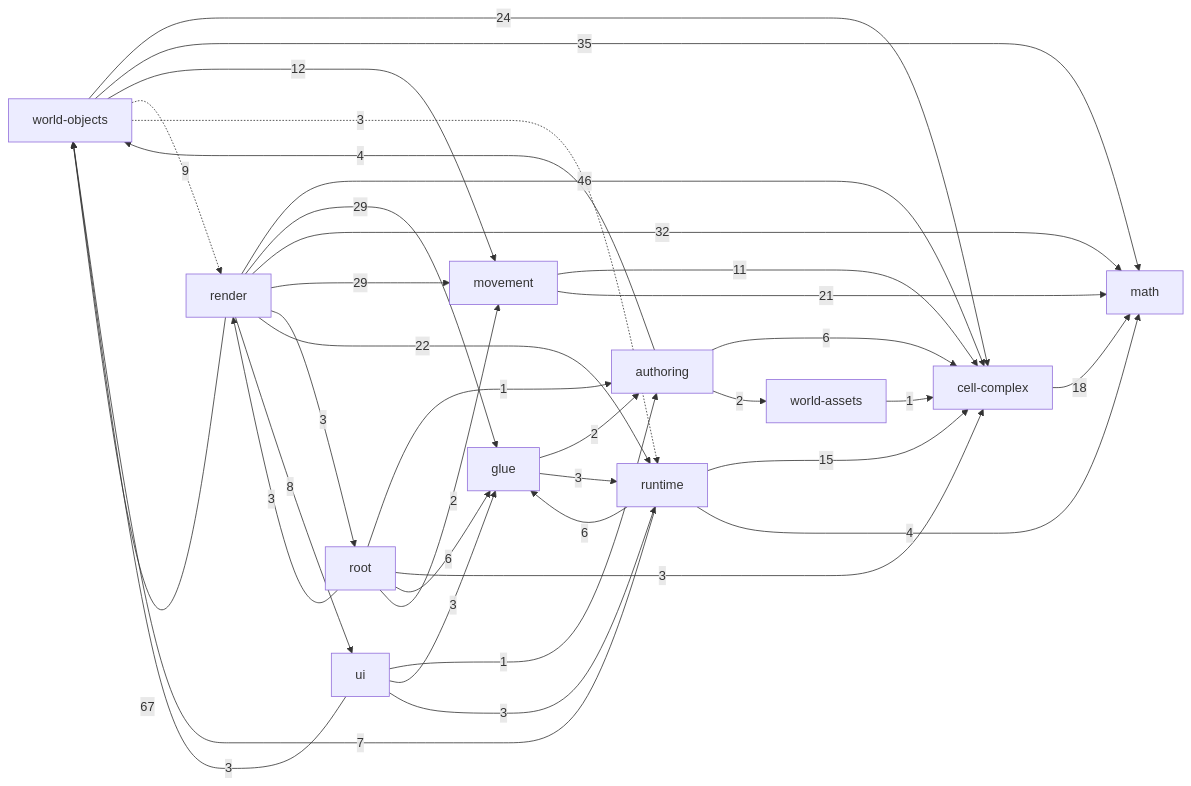
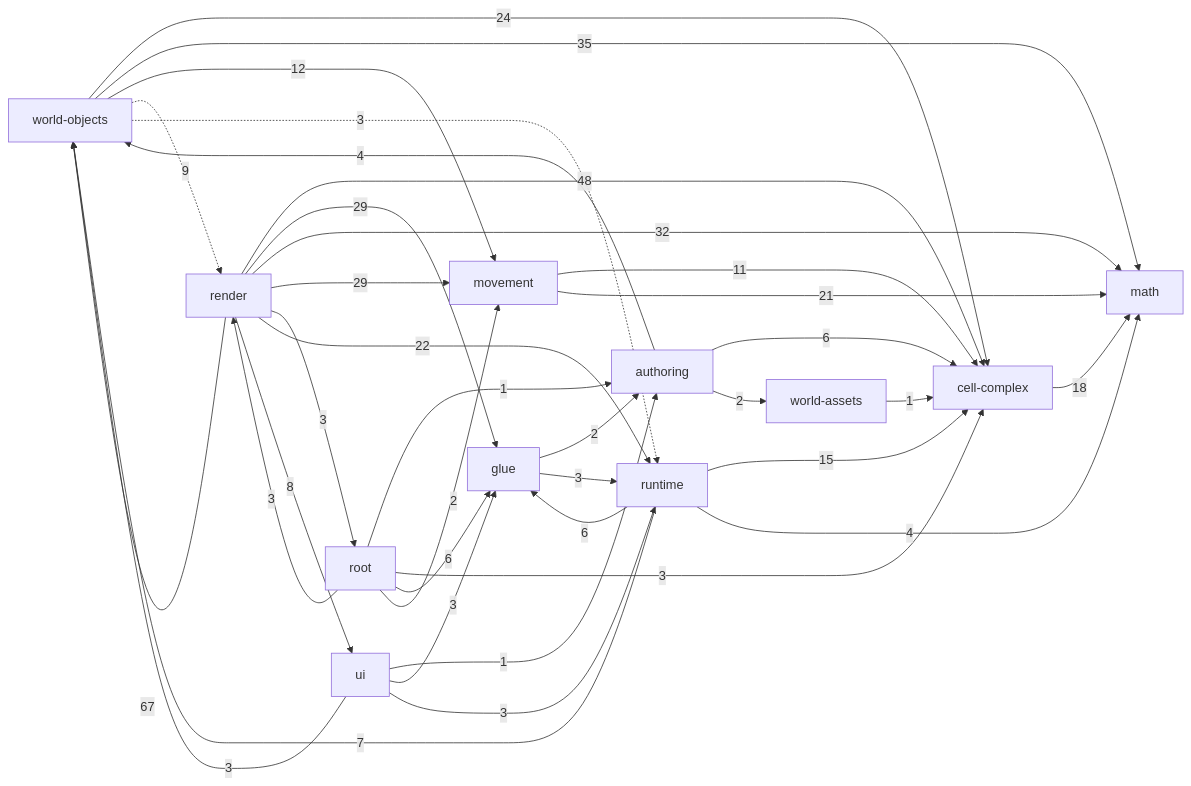
One commit to guraltsev/noneuclid-fpv changed the diagram in _docs/generated/ARCHITECTURE_REFERENCE.md. Above: the diagram before and after it, drawn with Mermaid. The commit also changed other lines of this file and 6 other files, not shown here.

````diff
--- a/_docs/generated/ARCHITECTURE_REFERENCE.md
+++ b/_docs/generated/ARCHITECTURE_REFERENCE.md
@@ -32,49 +32,49 @@
 ```mermaid
 flowchart LR
   math["math"]
   cell_complex["cell-complex"]
   movement["movement"]
   world_assets["world-assets"]
   world_objects["world-objects"]
   authoring["authoring"]
   runtime["runtime"]
   ui["ui"]
   glue["glue"]
   render["render"]
   root["root"]
   authoring -->|6| cell_complex
   authoring -->|2| world_assets
   authoring -->|4| world_objects
   cell_complex -->|18| math
   glue -->|2| authoring
   glue -->|3| runtime
   movement -->|11| cell_complex
   movement -->|21| math
-  render -->|46| cell_complex
+  render -->|48| cell_complex
   render -->|29| glue
   render -->|32| math
   render -->|29| movement
   render -->|3| root
   render -->|22| runtime
   render -->|8| ui
   render -->|67| world_objects
   root -->|1| authoring
   root -->|3| cell_complex
   root -->|6| glue
   root -->|2| movement
   root -->|3| render
   runtime -->|15| cell_complex
   runtime -->|6| glue
   runtime -->|4| math
   runtime -->|7| world_objects
   ui -->|1| authoring
   ui -->|3| glue
   ui -->|3| runtime
   ui -->|3| world_objects
   world_assets -->|1| cell_complex
   world_objects -->|24| cell_complex
   world_objects -->|35| math
   world_objects -->|12| movement
   world_objects -.->|9| render
   world_objects -.->|3| runtime
 ```
````
